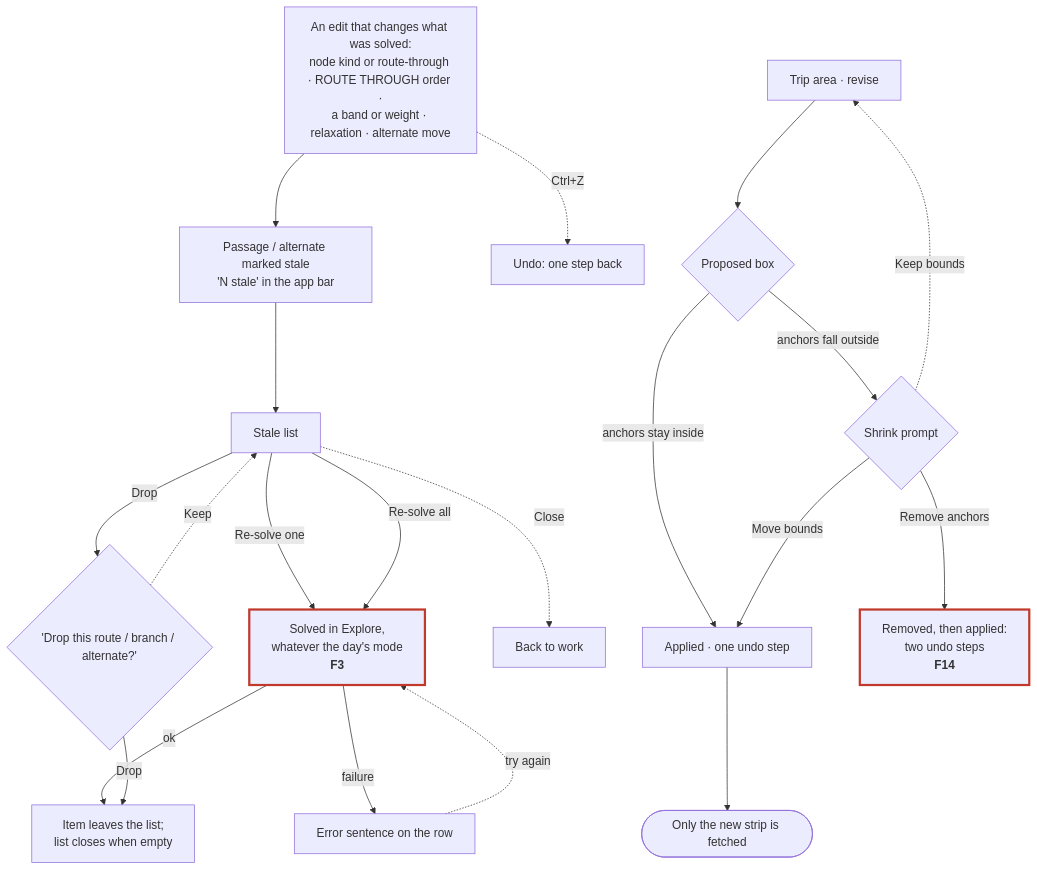
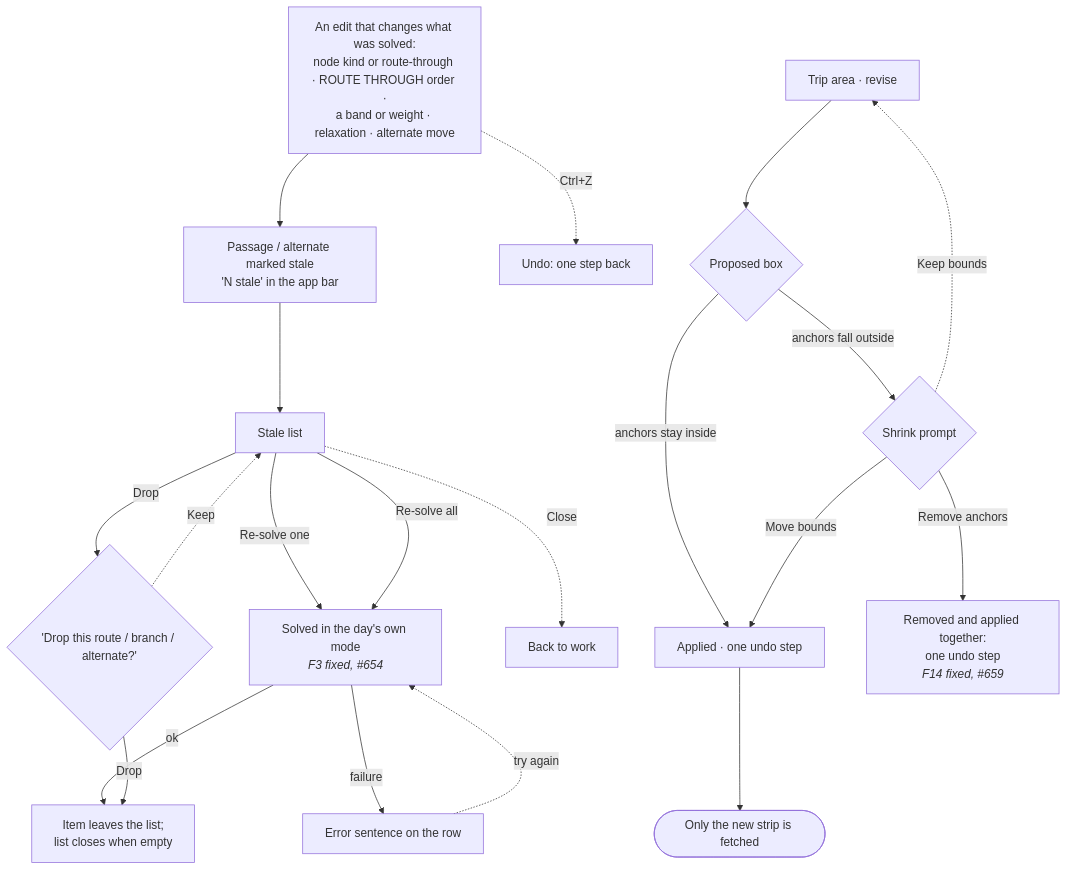
One commit to gnfrazier/plotlines changed the tenth of 11 diagrams in docs/Plotlines_Author_Flow_E2E.md. Above: the diagram before and after it, drawn with Mermaid. The commit also changed other lines of this file, not shown here.

First line of the commit message:
Draw the fixed Author flow: all 24 findings struck, with their PRs (v1.2)

````diff
--- a/docs/Plotlines_Author_Flow_E2E.md
+++ b/docs/Plotlines_Author_Flow_E2E.md
@@ -336,23 +337,23 @@
 ```mermaid
 flowchart TD
     E["An edit that changes what was solved:<br/>node kind or route-through · ROUTE THROUGH order ·<br/>a band or weight · relaxation · alternate move"] --> S["Passage / alternate marked stale<br/>'N stale' in the app bar"]
     E -.->|Ctrl+Z| U["Undo: one step back"]
     S --> SL["Stale list"]
-    SL -->|Re-solve one| RS["Solved in Explore,<br/>whatever the day's mode<br/><b>F3</b>"]:::finding
+    SL -->|Re-solve one| RS["Solved in the day's own mode<br/><i>F3 fixed, #654</i>"]
     SL -->|Re-solve all| RS
     RS -->|ok| OK["Item leaves the list;<br/>list closes when empty"]
     RS -->|failure| RE["Error sentence on the row"]
     RE -.->|try again| RS
     SL -->|Drop| DC{"'Drop this route / branch / alternate?'"}
     DC -->|Drop| OK
     DC -.->|Keep| SL
     SL -.->|Close| BACK[Back to work]
     TA["Trip area · revise"] --> PX{Proposed box}
     PX -->|anchors stay inside| AP["Applied · one undo step"]
     PX -->|anchors fall outside| SP{Shrink prompt}
     SP -->|Move bounds| AP
-    SP -->|Remove anchors| RA["Removed, then applied:<br/>two undo steps<br/><b>F14</b>"]:::finding
+    SP -->|Remove anchors| RA["Removed and applied together:<br/>one undo step<br/><i>F14 fixed, #659</i>"]
     SP -.->|Keep bounds| TA
     AP --> RB(["Only the new strip is fetched"])
     classDef finding stroke:#c0392b,stroke-width:3px
 ```
````
